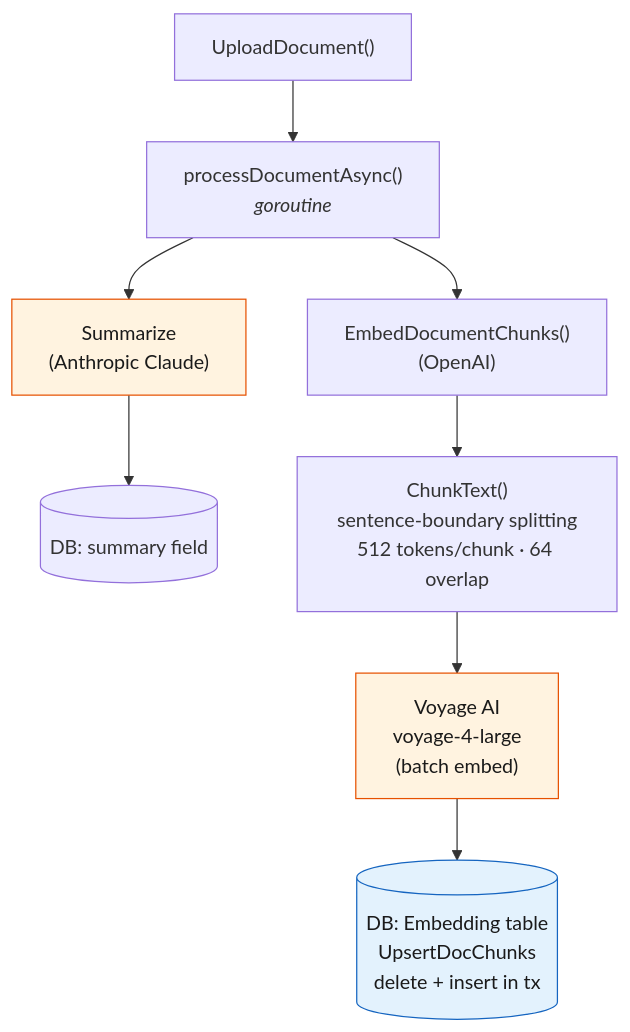
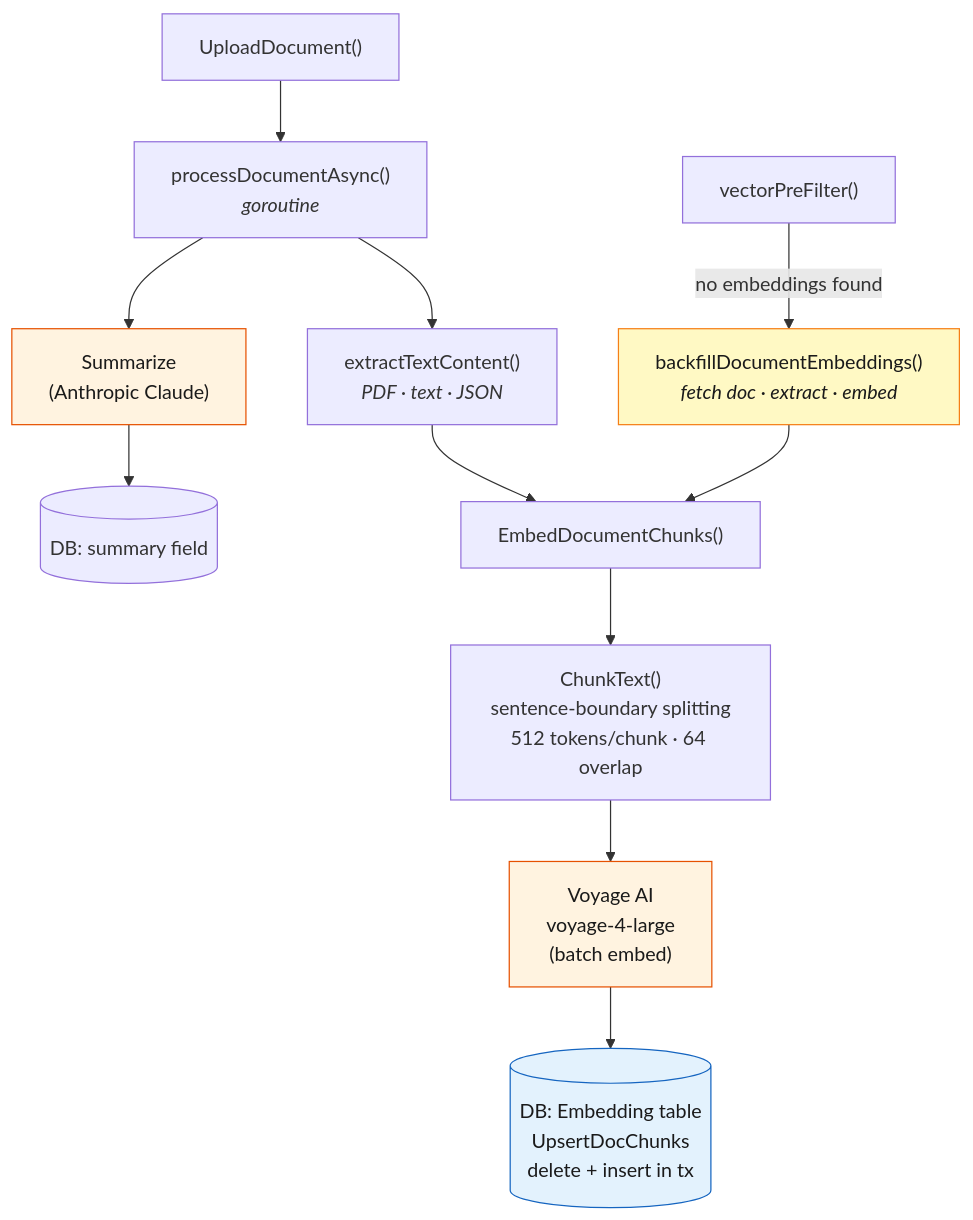
Before and after one commit to hubenschmidt/pina-colada: the tenth of 11 diagrams in README.md, drawn with Mermaid. The commit also changed other lines of this file and 14 other files, not shown here.

````diff
--- a/README.md
+++ b/README.md
@@ -410,17 +414,22 @@
 ```mermaid
 flowchart TD
     UPLOAD["UploadDocument()"] --> ASYNC["processDocumentAsync()<br/><i>goroutine</i>"]
 
     ASYNC --> SUMM["Summarize<br/>(Anthropic Claude)"]
     SUMM --> DB1[("DB: summary field")]
 
-    ASYNC --> EMBED["EmbedDocumentChunks()<br/>(OpenAI)"]
+    ASYNC --> EXTRACT["extractTextContent()<br/><i>PDF · text · JSON</i>"]
+    EXTRACT --> EMBED["EmbedDocumentChunks()"]
 
     EMBED --> CHUNK["ChunkText()<br/>sentence-boundary splitting<br/>512 tokens/chunk · 64 overlap"]
     CHUNK --> API["Voyage AI<br/>voyage-4-large<br/>(batch embed)"]
     API --> DB2[("DB: Embedding table<br/>UpsertDocChunks<br/>delete + insert in tx")]
 
+    VPF["vectorPreFilter()"] -->|"no embeddings found"| BACKFILL["backfillDocumentEmbeddings()<br/><i>fetch doc · extract · embed</i>"]
+    BACKFILL --> EMBED
+
     style SUMM fill:#fff3e0,stroke:#e65100,color:#1a1a1a
     style API fill:#fff3e0,stroke:#e65100,color:#1a1a1a
     style DB2 fill:#e3f2fd,stroke:#1565c0,color:#1a1a1a
+    style BACKFILL fill:#fff9c4,stroke:#f57f17,color:#1a1a1a
 ```
````
